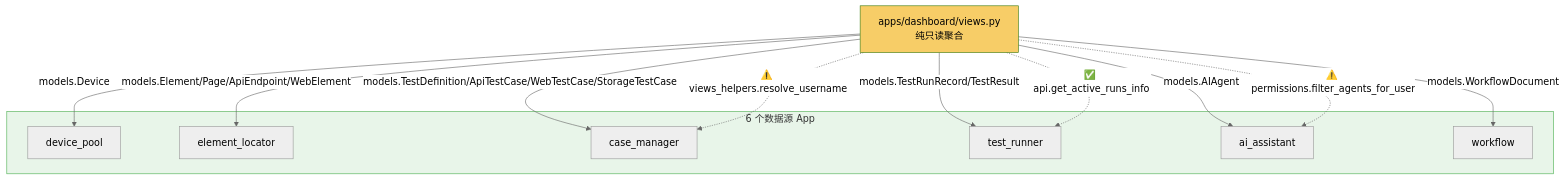
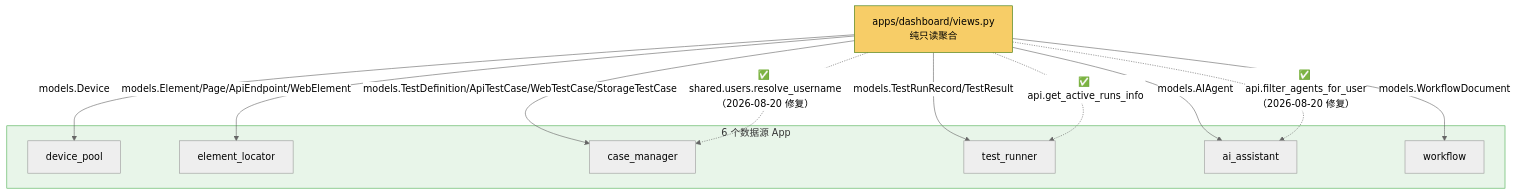
One commit to Kahoku-lazy/Android-AutoTests changed the second of 4 diagrams in dev_docs/03-设计与架构/ARCH-01-仪表盘.md. Above: the diagram before and after it, drawn with Mermaid (neutral theme). The commit also changed other lines of this file and 53 other files, not shown here.

````diff
--- a/dev_docs/03-设计与架构/ARCH-01-仪表盘.md
+++ b/dev_docs/03-设计与架构/ARCH-01-仪表盘.md
@@ -78,27 +78,27 @@
 ```mermaid
 flowchart TD
     DASH["apps/dashboard/views.py<br/>纯只读聚合"]
 
     subgraph SOURCES["6 个数据源 App"]
         DP["device_pool"]
         EL["element_locator"]
         CM["case_manager"]
         TR["test_runner"]
         AI["ai_assistant"]
         WF["workflow"]
     end
 
     DASH -->|"models.Device"| DP
     DASH -->|"models.Element/Page/ApiEndpoint/WebElement"| EL
     DASH -->|"models.TestDefinition/ApiTestCase/WebTestCase/StorageTestCase"| CM
     DASH -->|"models.TestRunRecord/TestResult"| TR
     DASH -->|"models.AIAgent"| AI
     DASH -->|"models.WorkflowDocument"| WF
 
     DASH -.->|"✅ api.get_active_runs_info"| TR
-    DASH -.->|"⚠️ permissions.filter_agents_for_user"| AI
-    DASH -.->|"⚠️ views_helpers.resolve_username"| CM
+    DASH -.->|"✅ api.filter_agents_for_user（2026-08-20 修复）"| AI
+    DASH -.->|"✅ shared.users.resolve_username（2026-08-20 修复）"| CM
 
     style DASH fill:#f7cd67,stroke:#3a7a10
     style SOURCES fill:#e8f5e9,stroke:#4caf50
 ```
````
